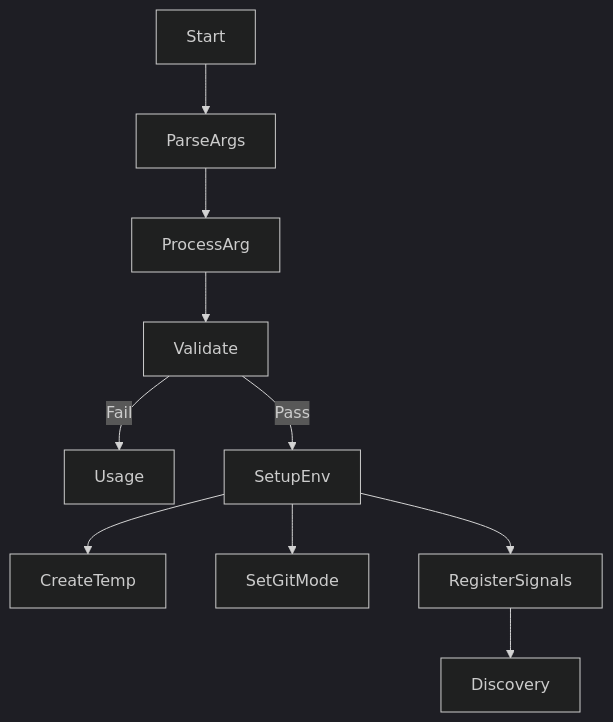
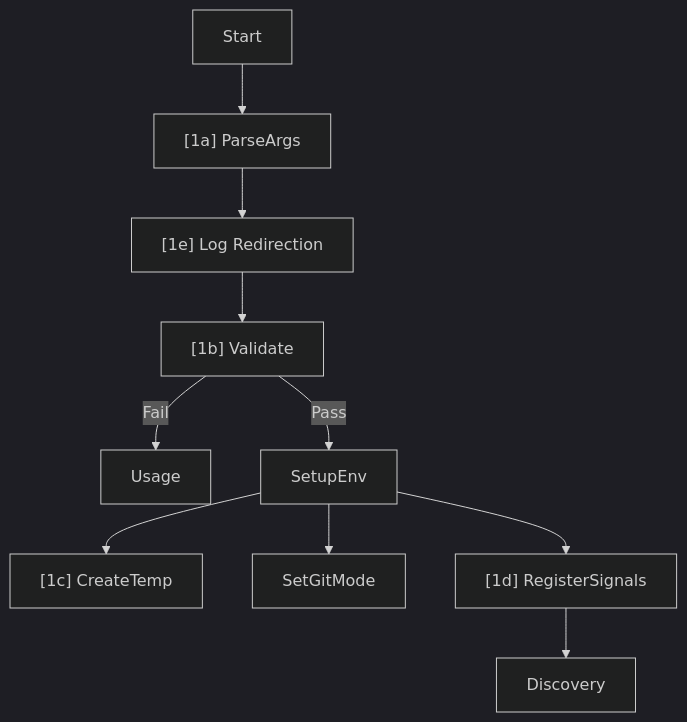
Before and after one commit to mshedsilegx/devops: the first of 5 diagrams in git_repomgr/git_autosync_CHARTS.md, drawn with Mermaid (dark theme). The commit also changed other lines of this file and 1 other file, not shown here.

````diff
--- a/git_repomgr/git_autosync_CHARTS.md
+++ b/git_repomgr/git_autosync_CHARTS.md
@@ -8,12 +8,12 @@
 ```mermaid
 graph TD
-Start --> ParseArgs
-ParseArgs --> ProcessArg
-ProcessArg --> Validate
+Start --> ParseArgs["[1a] ParseArgs"]
+ParseArgs --> LogRedirection["[1e] Log Redirection"]
+LogRedirection --> Validate["[1b] Validate"]
 Validate -- Fail --> Usage
 Validate -- Pass --> SetupEnv
-SetupEnv --> CreateTemp
+SetupEnv --> CreateTemp["[1c] CreateTemp"]
 SetupEnv --> SetGitMode
-SetupEnv --> RegisterSignals
+SetupEnv --> RegisterSignals["[1d] RegisterSignals"]
 RegisterSignals --> Discovery
 ```
````
